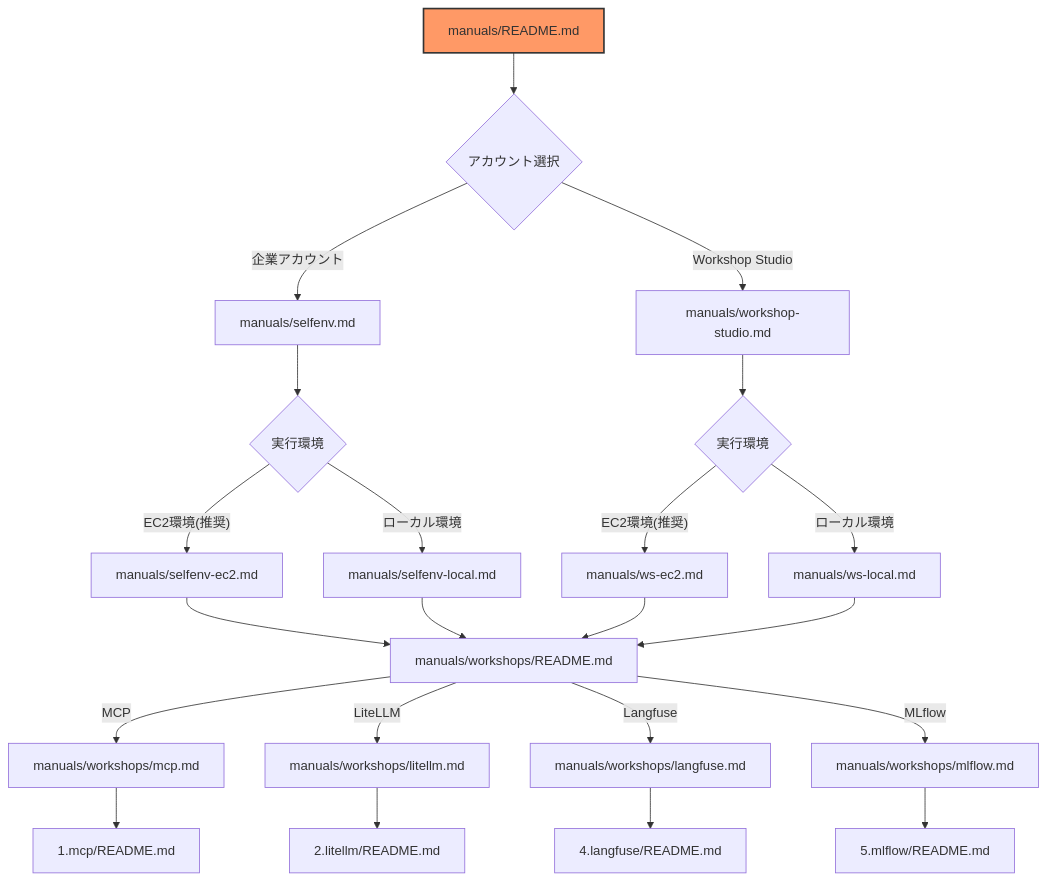
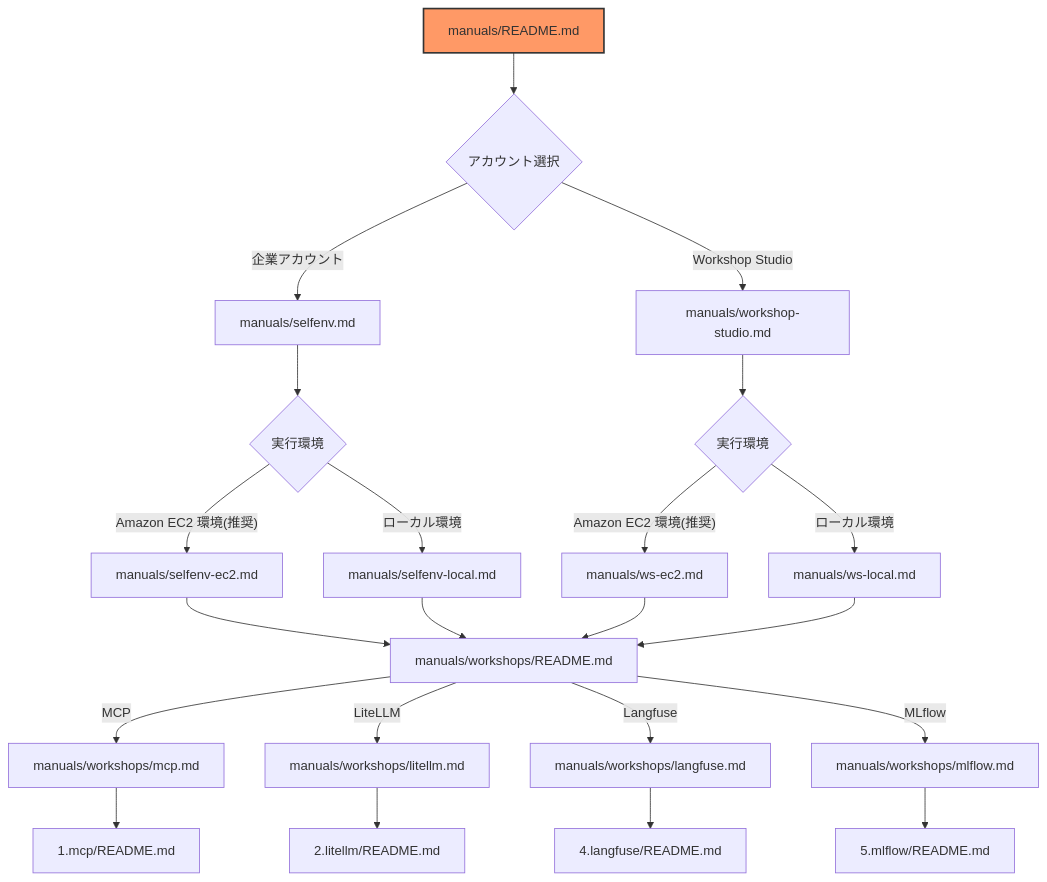
Before and after one commit to littlemex/aws-samples: the diagram in workshops/ai-coding-workshop/cline/manuals/README.md, drawn with Mermaid.

Commit message:
manuals/README.md, mermaid url mod

````diff
--- a/workshops/ai-coding-workshop/cline/manuals/README.md
+++ b/workshops/ai-coding-workshop/cline/manuals/README.md
@@ -12,44 +12,44 @@
 ```mermaid
 flowchart TD
     A[manuals/README.md] --> B{アカウント選択}
     B -->|企業アカウント| C[manuals/selfenv.md]
     B -->|Workshop Studio| D[manuals/workshop-studio.md]
     
     C --> E{実行環境}
     D --> F{実行環境}
     
-    E -->|"EC2環境(推奨)"| G[manuals/selfenv-ec2.md]
+    E -->|"Amazon EC2 環境(推奨)"| G[manuals/selfenv-ec2.md]
     E -->|ローカル環境| H[manuals/selfenv-local.md]
     
-    F -->|"EC2環境(推奨)"| I[manuals/ws-ec2.md]
+    F -->|"Amazon EC2 環境(推奨)"| I[manuals/ws-ec2.md]
     F -->|ローカル環境| J[manuals/ws-local.md]
     
     G --> K[manuals/workshops/README.md]
     H --> K
     I --> K
     J --> K
     
     K -->|MCP| L[manuals/workshops/mcp.md]
     K -->|LiteLLM| M[manuals/workshops/litellm.md]
     K -->|Langfuse| N[manuals/workshops/langfuse.md]
     K -->|MLflow| O[manuals/workshops/mlflow.md]
     
     L --> P[1.mcp/README.md]
     M --> Q[2.litellm/README.md]
     N --> R[4.langfuse/README.md]
     O --> S[5.mlflow/README.md]
 
     click C href "https://github.com/littlemex/aws-samples/blob/feature/issue-53/workshops/ai-coding-workshop/cline/manuals/selfenv.md"
     click D href "https://github.com/littlemex/aws-samples/blob/feature/issue-53/workshops/ai-coding-workshop/cline/manuals/workshop-studio.md"
     click G href "https://github.com/littlemex/aws-samples/blob/feature/issue-53/workshops/ai-coding-workshop/cline/manuals/selfenv-ec2.md"
     click H href "https://github.com/littlemex/aws-samples/blob/feature/issue-53/workshops/ai-coding-workshop/cline/manuals/selfenv-local.md"
     click I href "https://github.com/littlemex/aws-samples/blob/feature/issue-53/workshops/ai-coding-workshop/cline/manuals/ws-ec2.md"
     click J href "https://github.com/littlemex/aws-samples/blob/feature/issue-53/workshops/ai-coding-workshop/cline/manuals/ws-local.md"
     click K href "https://github.com/littlemex/aws-samples/blob/feature/issue-53/workshops/ai-coding-workshop/cline/manuals/workshops/README.md"
     click L href "https://github.com/littlemex/aws-samples/blob/feature/issue-53/workshops/ai-coding-workshop/cline/manuals/workshops/mcp.md"
     click M href "https://github.com/littlemex/aws-samples/blob/feature/issue-53/workshops/ai-coding-workshop/cline/manuals/workshops/litellm.md"
     click N href "https://github.com/littlemex/aws-samples/blob/feature/issue-53/workshops/ai-coding-workshop/cline/manuals/workshops/langfuse.md"
     click O href "https://github.com/littlemex/aws-samples/blob/feature/issue-53/workshops/ai-coding-workshop/cline/manuals/workshops/mlflow.md"
 
     style A fill:#f96,stroke:#333,stroke-width:2px
 ```
````
